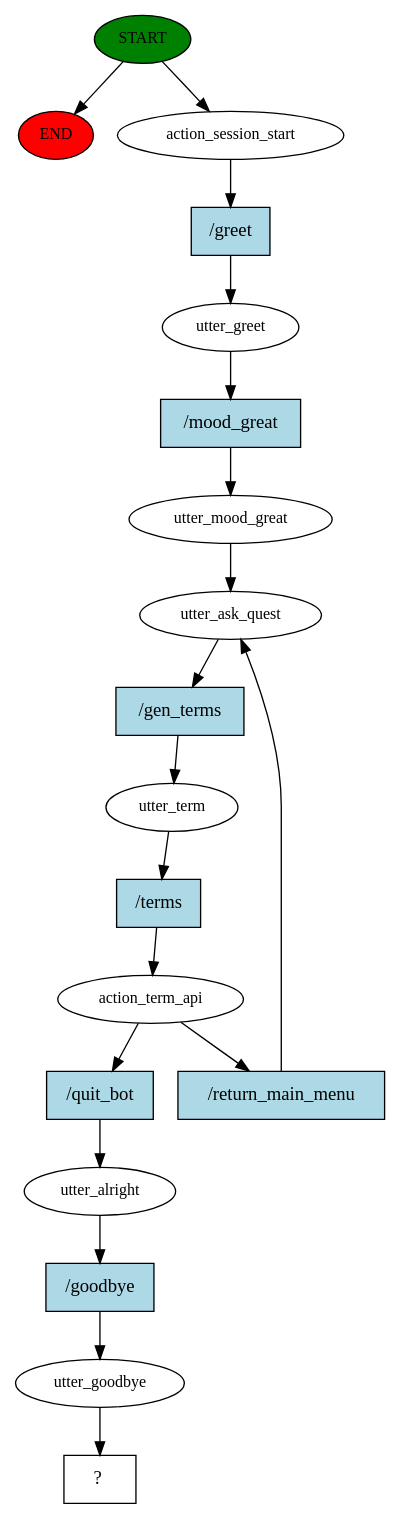
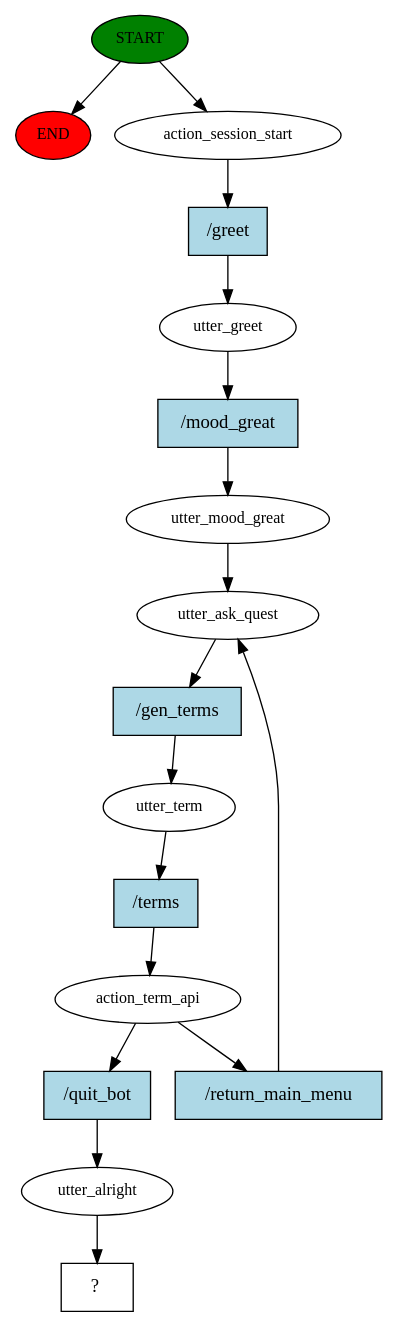
One commit to mebaidoo/Medical-Chatbot-Capstone changed the diagram in story_graph.dot. Above: the diagram before and after it, drawn with Graphviz. The commit also changed 120 other files, not shown here.

```diff
--- a/story_graph.dot
+++ b/story_graph.dot
@@ -1,38 +1,34 @@
 digraph  {
 0 [class="start active", fillcolor=green, fontsize=12, label=START, style=filled];
 "-1" [class=end, fillcolor=red, fontsize=12, label=END, style=filled];
 1 [class=active, fontsize=12, label=action_session_start];
 2 [class=active, fontsize=12, label=utter_greet];
 3 [class=active, fontsize=12, label=utter_mood_great];
 4 [class=active, fontsize=12, label=utter_ask_quest];
 5 [class=active, fontsize=12, label=utter_term];
 6 [class=active, fontsize=12, label=action_term_api];
-10 [class=active, fontsize=12, label=utter_alright];
-11 [class=active, fontsize=12, label=utter_goodbye];
-12 [class="intent dashed active", label="  ?  ", shape=rect];
-13 [class="intent active", fillcolor=lightblue, label="/greet", shape=rect, style=filled];
-14 [class="intent active", fillcolor=lightblue, label="/mood_great", shape=rect, style=filled];
-15 [class="intent active", fillcolor=lightblue, label="/gen_terms", shape=rect, style=filled];
-16 [class="intent active", fillcolor=lightblue, label="/terms", shape=rect, style=filled];
-17 [class="intent active", fillcolor=lightblue, label="/return_main_menu", shape=rect, style=filled];
-18 [class="intent active", fillcolor=lightblue, label="/quit_bot", shape=rect, style=filled];
-19 [class="intent active", fillcolor=lightblue, label="/goodbye", shape=rect, style=filled];
+13 [class=active, fontsize=12, label=utter_alright];
+14 [class="intent dashed active", label="  ?  ", shape=rect];
+15 [class="intent active", fillcolor=lightblue, label="/greet", shape=rect, style=filled];
+16 [class="intent active", fillcolor=lightblue, label="/mood_great", shape=rect, style=filled];
+17 [class="intent active", fillcolor=lightblue, label="/gen_terms", shape=rect, style=filled];
+18 [class="intent active", fillcolor=lightblue, label="/terms", shape=rect, style=filled];
+19 [class="intent active", fillcolor=lightblue, label="/return_main_menu", shape=rect, style=filled];
+20 [class="intent active", fillcolor=lightblue, label="/quit_bot", shape=rect, style=filled];
 0 -> "-1"  [class="", key=NONE, label=""];
 0 -> 1  [class=active, key=NONE, label=""];
-1 -> 13  [class=active, key=0];
-2 -> 14  [class=active, key=0];
+1 -> 15  [class=active, key=0];
+2 -> 16  [class=active, key=0];
 3 -> 4  [class=active, key=NONE, label=""];
-4 -> 15  [class=active, key=0];
-5 -> 16  [class=active, key=0];
-6 -> 17  [class=active, key=0];
-6 -> 18  [class=active, key=0];
-10 -> 19  [class=active, key=0];
-11 -> 12  [class=active, key=NONE, label=""];
-13 -> 2  [class=active, key=0];
-14 -> 3  [class=active, key=0];
-15 -> 5  [class=active, key=0];
-16 -> 6  [class=active, key=0];
-17 -> 4  [class=active, key=0];
-18 -> 10  [class=active, key=0];
-19 -> 11  [class=active, key=0];
+4 -> 17  [class=active, key=0];
+5 -> 18  [class=active, key=0];
+6 -> 19  [class=active, key=0];
+6 -> 20  [class=active, key=0];
+13 -> 14  [class=active, key=NONE, label=""];
+15 -> 2  [class=active, key=0];
+16 -> 3  [class=active, key=0];
+17 -> 5  [class=active, key=0];
+18 -> 6  [class=active, key=0];
+19 -> 4  [class=active, key=0];
+20 -> 13  [class=active, key=0];
 }
```
